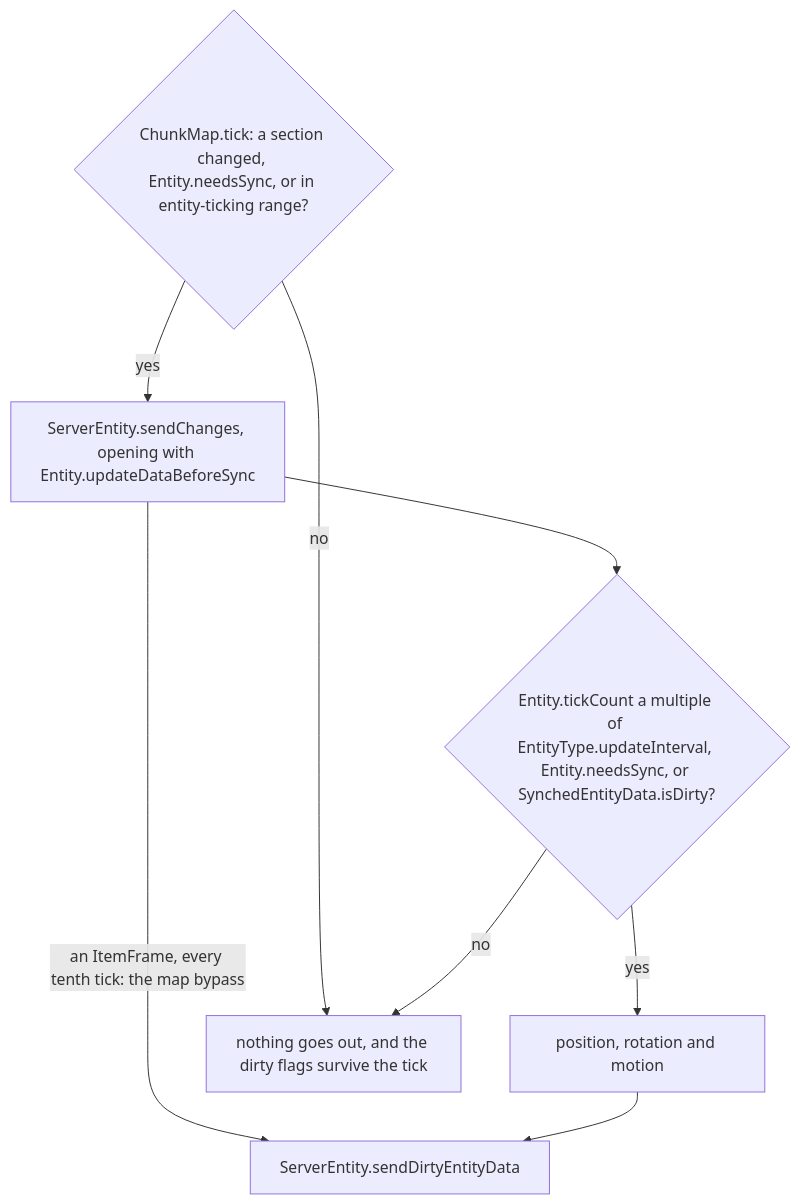
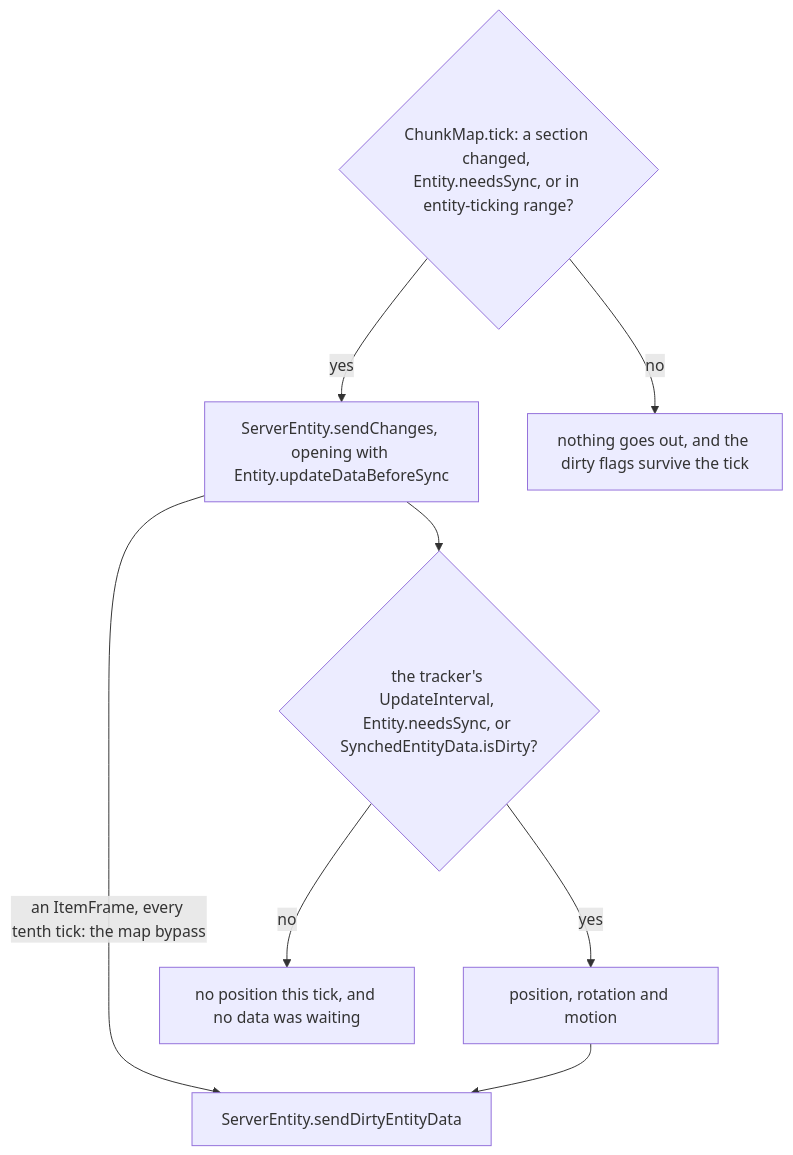
Before and after one commit to AlexanderjFraser/MinecraftDocs: the third of 3 diagrams in src/systems/entities/synched-entity-data.md, drawn with Mermaid. The commit also changed other lines of this file and 21 other files, not shown here.

````diff
--- a/src/systems/entities/synched-entity-data.md
+++ b/src/systems/entities/synched-entity-data.md
@@ -314,17 +316,18 @@
 ```mermaid
 flowchart TD
     IN{"ChunkMap.tick: a section changed, Entity.needsSync, or in entity-ticking range?"}
     SC["ServerEntity.sendChanges, opening with Entity.updateDataBeforeSync"]
-    GATE{"Entity.tickCount a multiple of EntityType.updateInterval, Entity.needsSync, or SynchedEntityData.isDirty?"}
+    GATE{"the tracker's UpdateInterval, Entity.needsSync, or SynchedEntityData.isDirty?"}
     SEND["position, rotation and motion"]
     DATA["ServerEntity.sendDirtyEntityData"]
     HOLD["nothing goes out, and the dirty flags survive the tick"]
+    QUIET["no position this tick, and no data was waiting"]
 
     IN -- "no" --> HOLD
     IN -- "yes" --> SC
     SC -- "an ItemFrame, every tenth tick: the map bypass" --> DATA
     SC --> GATE
     GATE -- "yes" --> SEND
     SEND --> DATA
-    GATE -- "no" --> HOLD
+    GATE -- "no" --> QUIET
 ```
````
